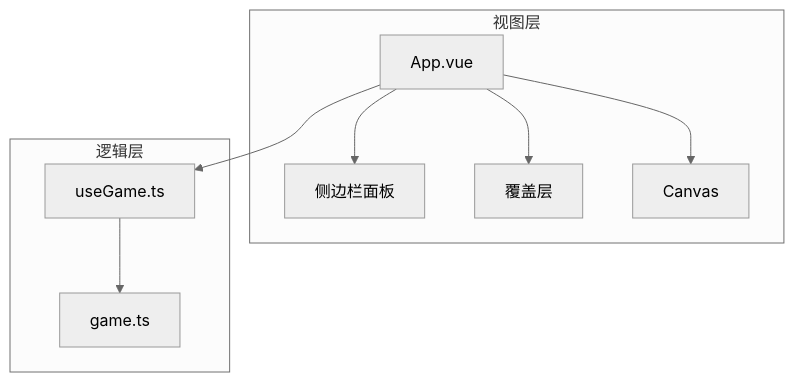
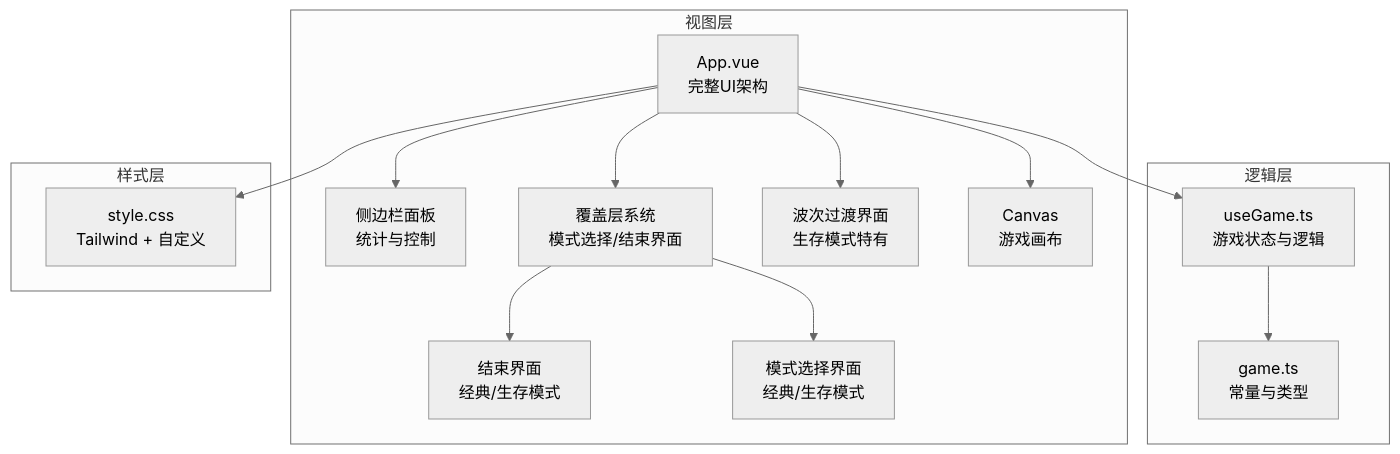
The second of 5 diagrams in .qoder/repowiki/zh/content/核心架构/Vue 组件架构.md (mrancc/reimagined-journey), drawn with Mermaid (neutral theme) before and after one commit. The commit also changed other lines of this file and 11 other files, not shown here.

````diff
--- a/.qoder/repowiki/zh/content/核心架构/Vue 组件架构.md
+++ b/.qoder/repowiki/zh/content/核心架构/Vue 组件架构.md
@@ -87,18 +104,28 @@
 ```mermaid
 graph TB
 subgraph "视图层"
-Root["App.vue"]
-Sidebar["侧边栏面板"]
-Overlay["覆盖层"]
-Canvas["Canvas"]
+Root["App.vue<br/>完整UI架构"]
+Sidebar["侧边栏面板<br/>统计与控制"]
+Overlay["覆盖层系统<br/>模式选择/结束界面"]
+WaveOverlay["波次过渡界面<br/>生存模式特有"]
+Canvas["Canvas<br/>游戏画布"]
+EndPanel["结束界面<br/>经典/生存模式"]
+ModeSelect["模式选择界面<br/>经典/生存模式"]
 end
 subgraph "逻辑层"
-Composable["useGame.ts"]
-Types["game.ts"]
+Composable["useGame.ts<br/>游戏状态与逻辑"]
+Types["game.ts<br/>常量与类型"]
+end
+subgraph "样式层"
+Style["style.css<br/>Tailwind + 自定义"]
 end
 Root --> Sidebar
 Root --> Overlay
+Root --> WaveOverlay
 Root --> Canvas
+Root --> Style
 Root --> Composable
 Composable --> Types
+Overlay --> ModeSelect
+Overlay --> EndPanel
 ```
````
